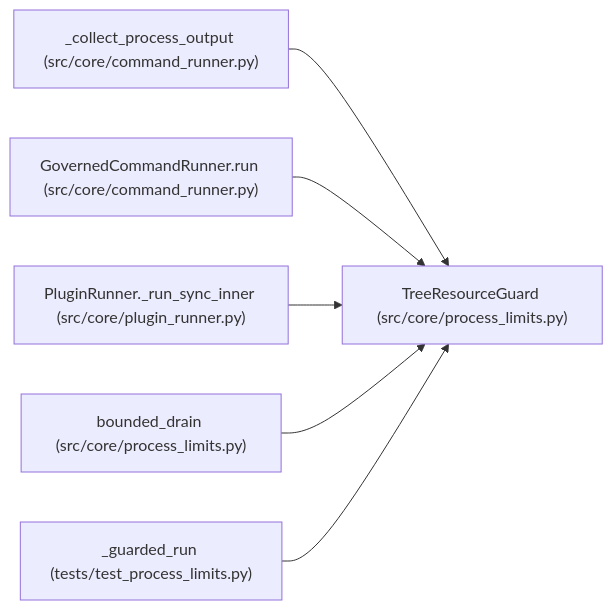
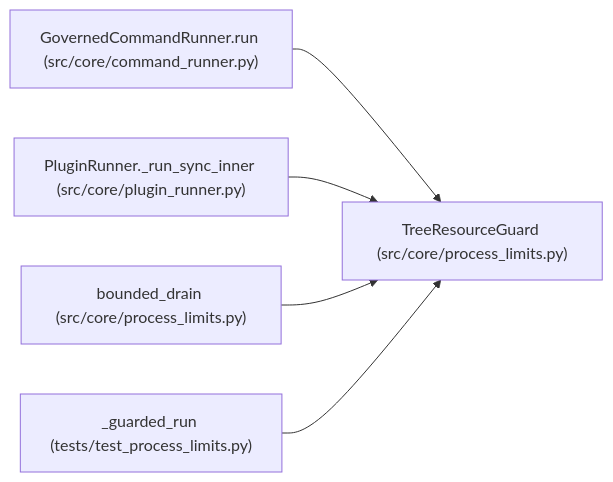
Before and after one commit to Denissvgn/autoresearch-agent: the diagram in docs/llm_wiki/entities/TreeResourceGuard.md, drawn with Mermaid. The commit also changed other lines of this file and 1033 other files, not shown here.

````diff
--- a/docs/llm_wiki/entities/TreeResourceGuard.md
+++ b/docs/llm_wiki/entities/TreeResourceGuard.md
@@ -35,20 +35,17 @@
 ```mermaid
 flowchart LR
     n0["TreeResourceGuard (src/core/process_limits.py)"]
-    n1["_collect_process_output (src/core/command_runner.py)"]
-    n2["GovernedCommandRunner.run (src/core/command_runner.py)"]
-    n3["PluginRunner._run_sync_inner (src/core/plugin_runner.py)"]
-    n4["bounded_drain (src/core/process_limits.py)"]
-    n5["_guarded_run (tests/test_process_limits.py)"]
+    n1["GovernedCommandRunner.run (src/core/command_runner.py)"]
+    n2["PluginRunner._run_sync_inner (src/core/plugin_runner.py)"]
+    n3["bounded_drain (src/core/process_limits.py)"]
+    n4["_guarded_run (tests/test_process_limits.py)"]
     n1 --> n0
     n2 --> n0
     n3 --> n0
     n4 --> n0
-    n5 --> n0
     click n0 "../modules/process_limits.md"
     click n1 "../modules/command_runner.md"
-    click n2 "../modules/command_runner.md"
-    click n3 "../modules/plugin_runner.md"
-    click n4 "../modules/process_limits.md"
-    click n5 "../modules/test_process_limits.md"
+    click n2 "../modules/plugin_runner.md"
+    click n3 "../modules/process_limits.md"
+    click n4 "../modules/test_process_limits.md"
 ```
````
